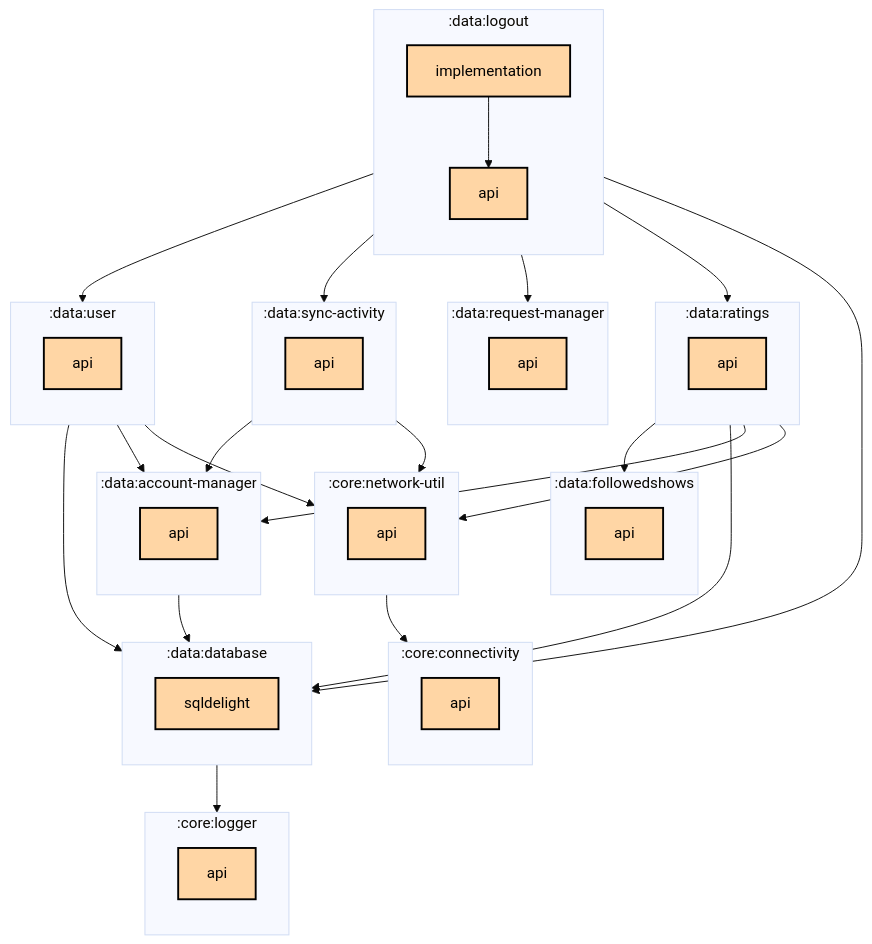
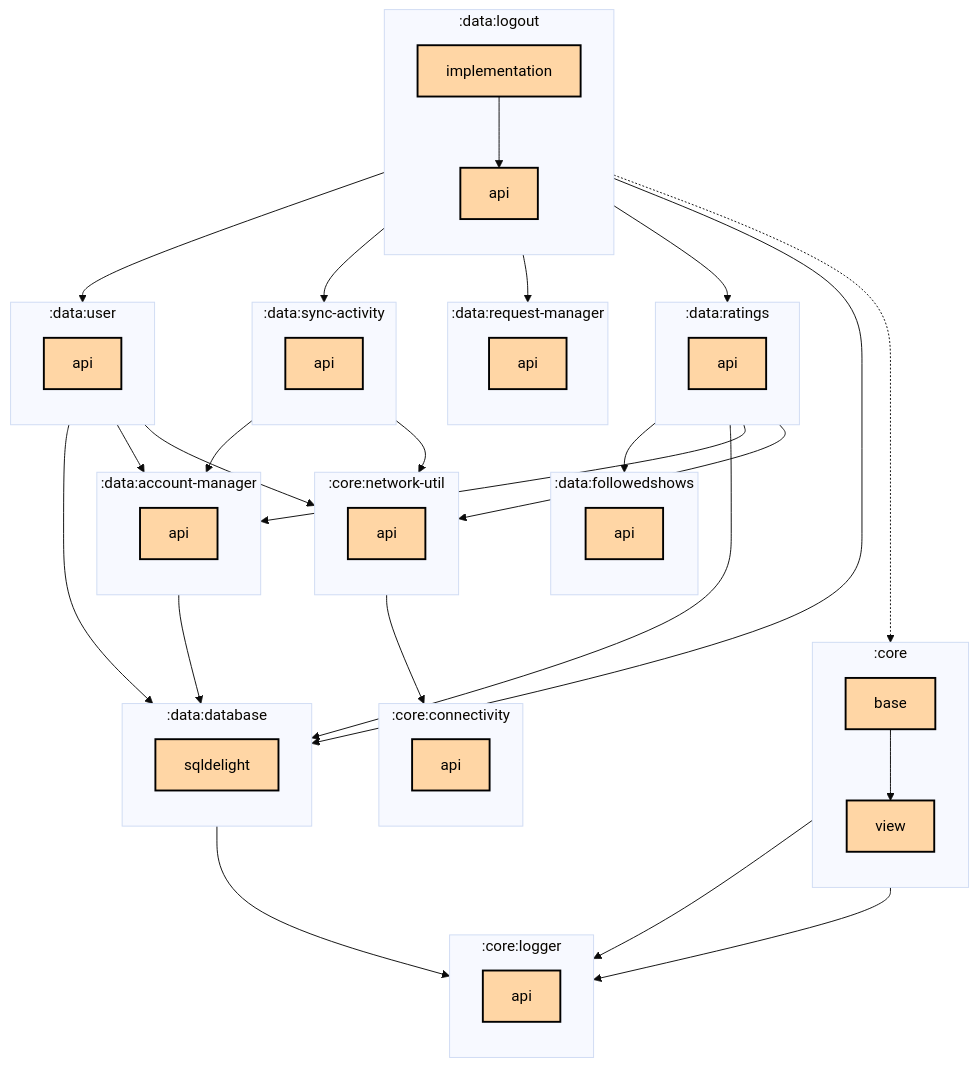
One commit to thomaskioko/tv-maniac changed the first of 2 diagrams in data/logout/implementation/README.md. Above: the diagram before and after it, drawn with Mermaid (base theme). The commit also changed 6 other files, not shown here.

Commit message:
🤖 Update module graphs

````diff
--- a/data/logout/implementation/README.md
+++ b/data/logout/implementation/README.md
@@ -6,73 +6,82 @@
 ```mermaid
 graph TB
+  subgraph :core
+    direction TB
+    :core:base[base]:::multiplatform
+    :core:view[view]:::multiplatform
+  end
   subgraph :core:connectivity
     direction TB
     :core:connectivity:api[api]:::multiplatform
   end
   subgraph :core:logger
     direction TB
     :core:logger:api[api]:::multiplatform
   end
   subgraph :core:network-util
     direction TB
     :core:network-util:api[api]:::multiplatform
   end
   subgraph :data:account-manager
     direction TB
     :data:account-manager:api[api]:::multiplatform
   end
   subgraph :data:database
     direction TB
     :data:database:sqldelight[sqldelight]:::multiplatform
   end
   subgraph :data:followedshows
     direction TB
     :data:followedshows:api[api]:::multiplatform
   end
   subgraph :data:logout
     direction TB
     :data:logout:api[api]:::multiplatform
     :data:logout:implementation[implementation]:::multiplatform
   end
   subgraph :data:ratings
     direction TB
     :data:ratings:api[api]:::multiplatform
   end
   subgraph :data:request-manager
     direction TB
     :data:request-manager:api[api]:::multiplatform
   end
   subgraph :data:sync-activity
     direction TB
     :data:sync-activity:api[api]:::multiplatform
   end
   subgraph :data:user
     direction TB
     :data:user:api[api]:::multiplatform
   end
 
+  :core:base --> :core:logger:api
+  :core:base --> :core:view
   :core:network-util:api --> :core:connectivity:api
+  :core:view --> :core:logger:api
   :data:account-manager:api --> :data:database:sqldelight
   :data:database:sqldelight --> :core:logger:api
+  :data:logout:implementation -.-> :core:base
   :data:logout:implementation --> :data:database:sqldelight
   :data:logout:implementation --> :data:logout:api
   :data:logout:implementation --> :data:ratings:api
   :data:logout:implementation --> :data:request-manager:api
   :data:logout:implementation --> :data:sync-activity:api
   :data:logout:implementation --> :data:user:api
   :data:ratings:api --> :core:network-util:api
   :data:ratings:api --> :data:account-manager:api
   :data:ratings:api --> :data:database:sqldelight
   :data:ratings:api --> :data:followedshows:api
   :data:sync-activity:api --> :core:network-util:api
   :data:sync-activity:api --> :data:account-manager:api
   :data:user:api --> :core:network-util:api
   :data:user:api --> :data:account-manager:api
   :data:user:api --> :data:database:sqldelight
 
 classDef application fill:#CAFFBF,stroke:#000,stroke-width:2px,color:#000;
 classDef multiplatform fill:#FFD6A5,stroke:#000,stroke-width:2px,color:#000;
 classDef android-library fill:#9BF6FF,stroke:#000,stroke-width:2px,color:#000;
 classDef jvm-library fill:#BDB2FF,stroke:#000,stroke-width:2px,color:#000;
 classDef unknown fill:#FFADAD,stroke:#000,stroke-width:2px,color:#000;
 ```
````
